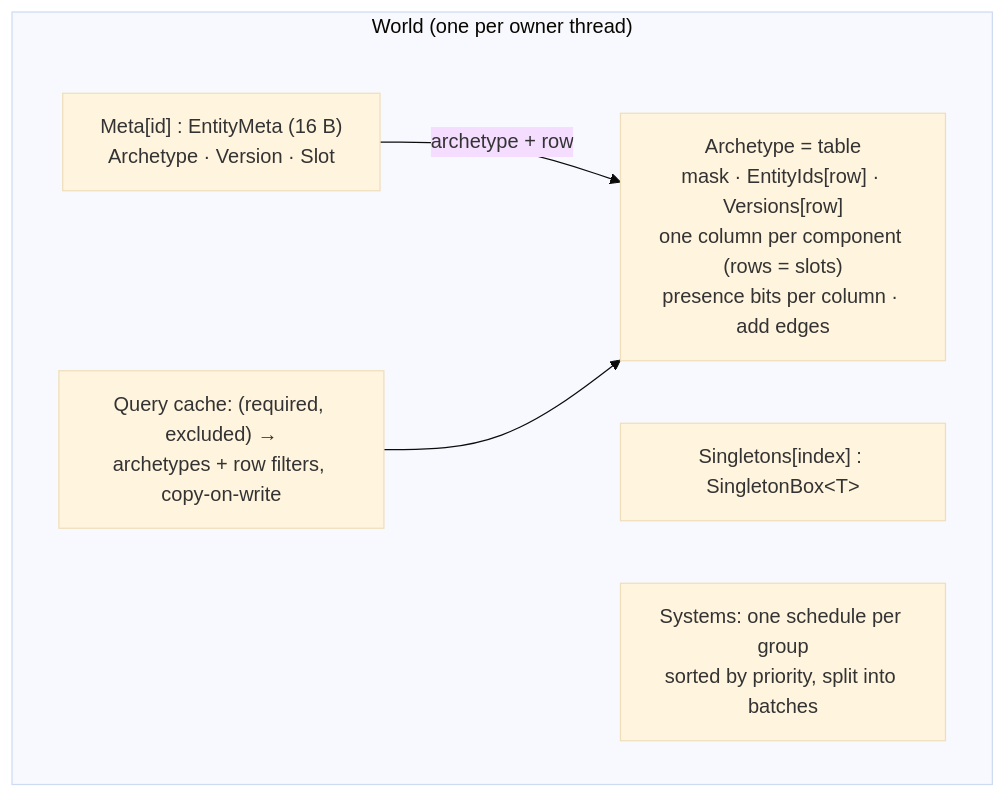
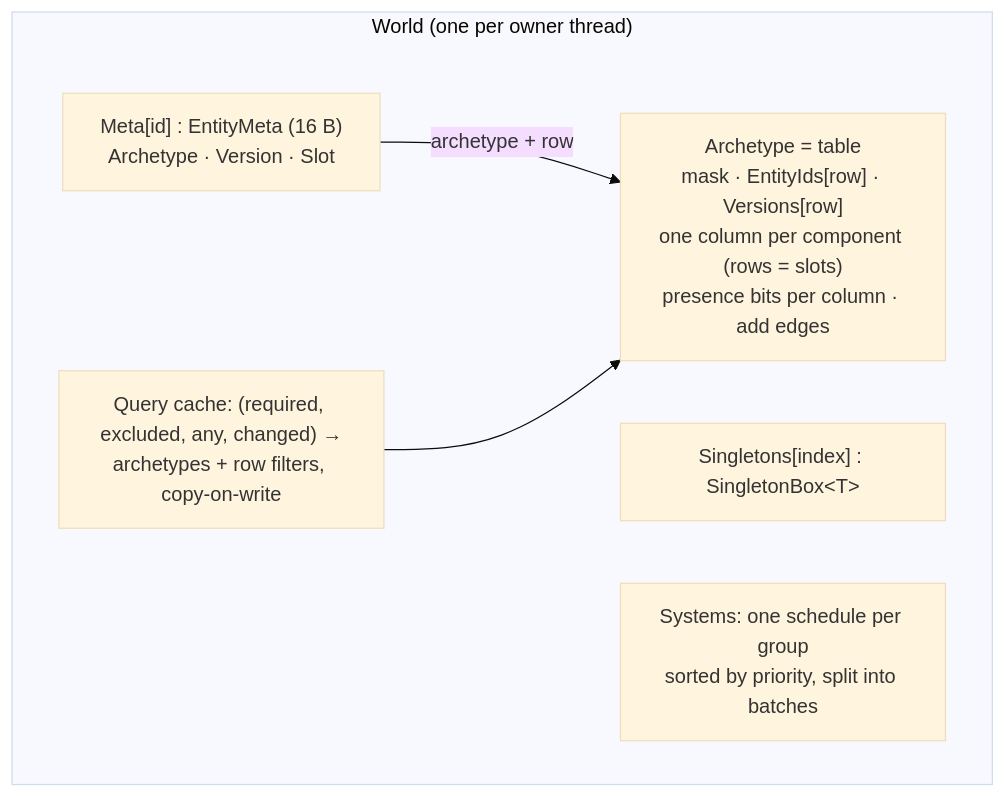
One commit to JasonXuDeveloper/EasyEcs changed the first of 3 diagrams in doc/architecture.md. Above: the diagram before and after it, drawn with Mermaid (base theme). The commit also changed other lines of this file and 21 other files, not shown here.

````diff
--- a/doc/architecture.md
+++ b/doc/architecture.md
@@ -13,12 +13,12 @@
 ```mermaid
 flowchart TB
     subgraph "World (one per owner thread)"
         Meta["Meta[id] : EntityMeta (16 B)<br/>Archetype · Version · Slot"]
         Arch["Archetype = table<br/>mask · EntityIds[row] · Versions[row]<br/>one column per component (rows = slots)<br/>presence bits per column · add edges"]
-        QC["Query cache: (required, excluded) →<br/>archetypes + row filters, copy-on-write"]
+        QC["Query cache: (required, excluded, any, changed) →<br/>archetypes + row filters, copy-on-write"]
         Single["Singletons[index] : SingletonBox&lt;T&gt;"]
         Sys["Systems: one schedule per group<br/>sorted by priority, split into batches"]
     end
     Meta -->|archetype + row| Arch
     QC --> Arch
 ```
````
